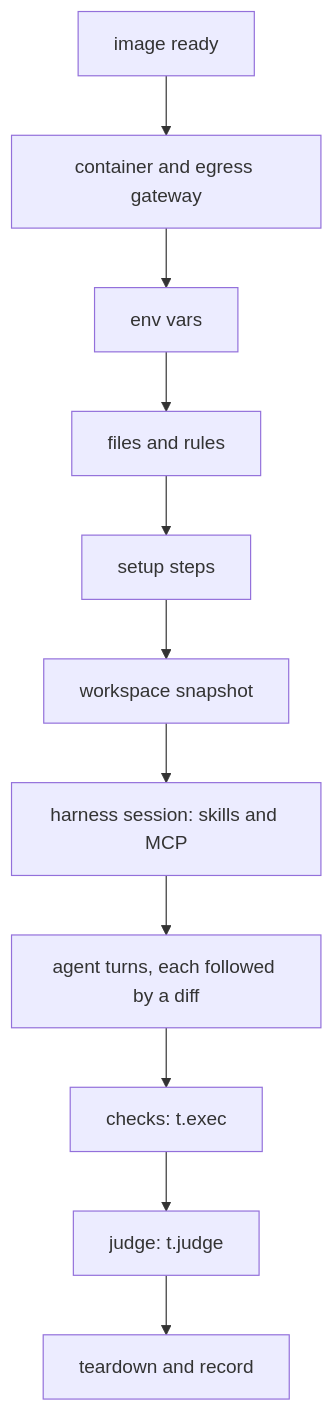
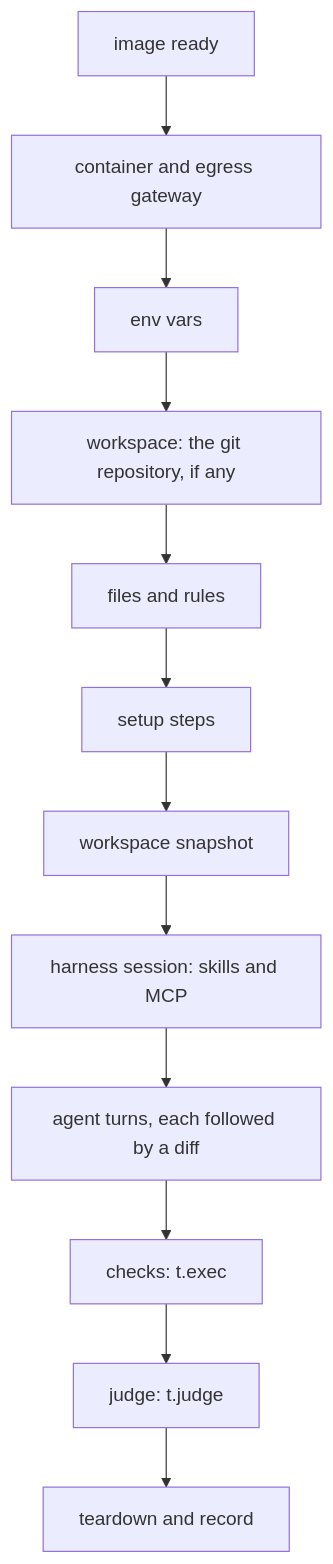
Before and after one commit to invertase/reeval: the diagram in docs/concepts/attempt-lifecycle.mdx, drawn with Mermaid. The commit also changed other lines of this file and 134 other files, not shown here.

````diff
--- a/docs/concepts/attempt-lifecycle.mdx
+++ b/docs/concepts/attempt-lifecycle.mdx
@@ -8,13 +8,14 @@
 ```mermaid
 flowchart TD
   I[image ready] --> C[container and egress gateway]
   C --> V[env vars]
-  V --> F[files and rules]
+  V --> W[workspace: the git repository, if any]
+  W --> F[files and rules]
   F --> S[setup steps]
   S --> N[workspace snapshot]
   N --> H[harness session: skills and MCP]
   H --> T[agent turns, each followed by a diff]
   T --> K["checks: t.exec"]
   K --> J["judge: t.judge"]
   J --> X[teardown and record]
 ```
````
